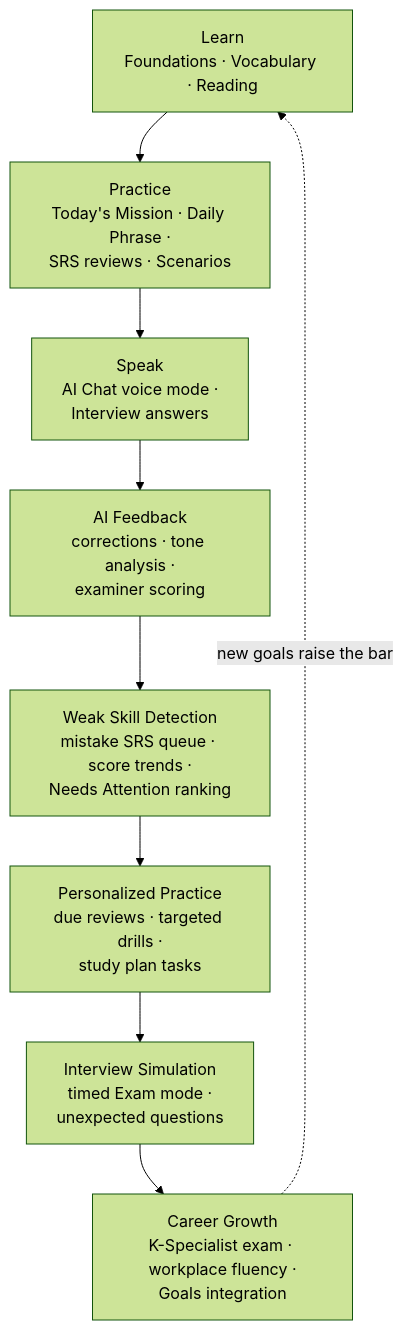
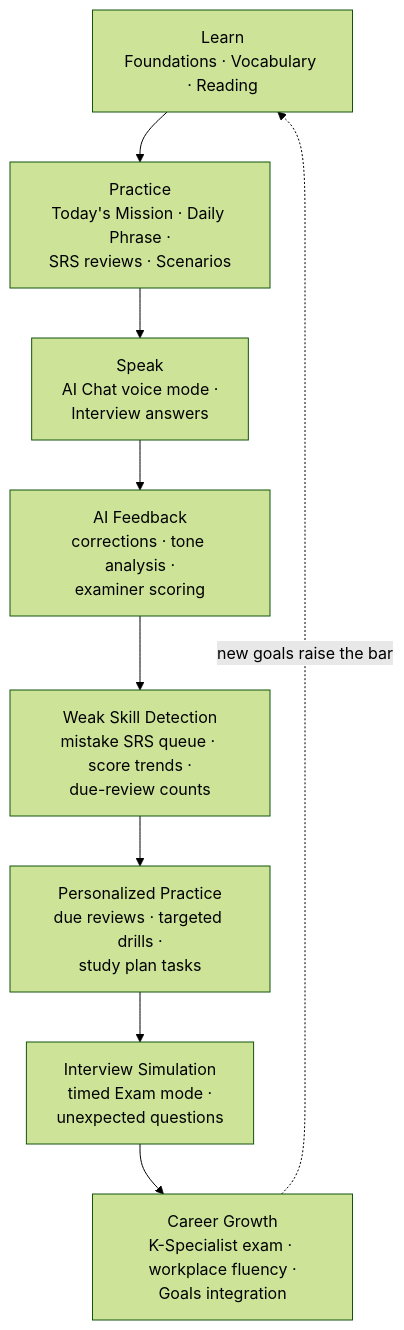
One commit to Hen-Heang/koriai-frontend changed the third of 4 diagrams in README.md. Above: the diagram before and after it, drawn with Mermaid (forest theme). The commit also changed other lines of this file and 38 other files, not shown here.

````diff
--- a/README.md
+++ b/README.md
@@ -266,11 +269,11 @@
 ```mermaid
 flowchart TD
     L["Learn<br/>Foundations · Vocabulary · Reading"] --> P["Practice<br/>Today's Mission · Daily Phrase ·<br/>SRS reviews · Scenarios"]
     P --> SP["Speak<br/>AI Chat voice mode ·<br/>Interview answers"]
     SP --> F["AI Feedback<br/>corrections · tone analysis ·<br/>examiner scoring"]
-    F --> W["Weak Skill Detection<br/>mistake SRS queue · score trends ·<br/>Needs Attention ranking"]
+    F --> W["Weak Skill Detection<br/>mistake SRS queue · score trends ·<br/>due-review counts"]
     W --> PP["Personalized Practice<br/>due reviews · targeted drills ·<br/>study plan tasks"]
     PP --> IS["Interview Simulation<br/>timed Exam mode ·<br/>unexpected questions"]
     IS --> C["Career Growth<br/>K-Specialist exam · workplace fluency ·<br/>Goals integration"]
     C -.->|new goals raise the bar| L
 ```
````
